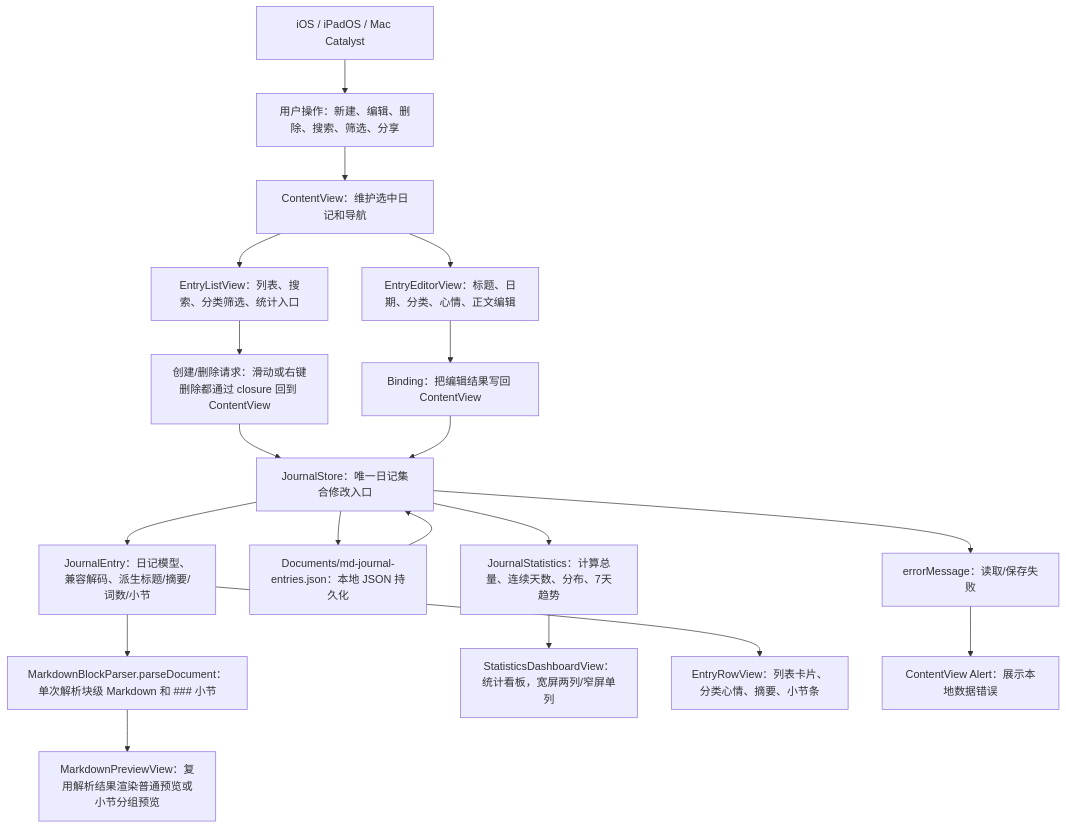
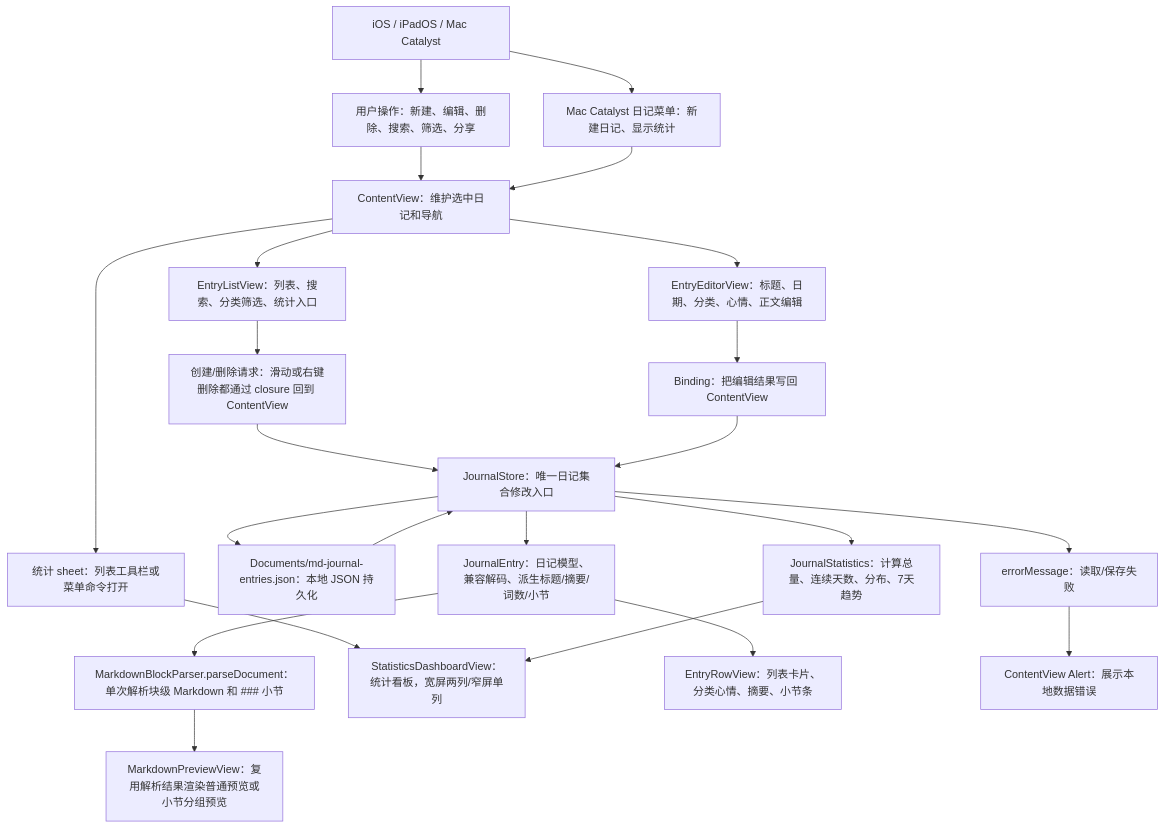
One commit to Altman-sam114/117 changed the first of 5 diagrams in md/flow/flowchart.md. Above: the diagram before and after it, drawn with Mermaid. The commit also changed 9 other files, not shown here.

Commit message:
v0.9 增加 Mac Catalyst 菜单命令

````diff
--- a/md/flow/flowchart.md
+++ b/md/flow/flowchart.md
@@ -9,21 +9,25 @@
 ```mermaid
 flowchart TD
   Platform["iOS / iPadOS / Mac Catalyst"] --> User["用户操作：新建、编辑、删除、搜索、筛选、分享"]
+  Platform --> Menu["Mac Catalyst 日记菜单：新建日记、显示统计"]
   User --> CV["ContentView：维护选中日记和导航"]
+  Menu --> CV
   CV --> List["EntryListView：列表、搜索、分类筛选、统计入口"]
   CV --> Editor["EntryEditorView：标题、日期、分类、心情、正文编辑"]
   List --> CreateDelete["创建/删除请求：滑动或右键删除都通过 closure 回到 ContentView"]
   Editor --> Binding["Binding<JournalEntry>：把编辑结果写回 ContentView"]
   CreateDelete --> Store["JournalStore：唯一日记集合修改入口"]
   Binding --> Store
   Store --> Model["JournalEntry：日记模型、兼容解码、派生标题/摘要/词数/小节"]
   Store --> JSON["Documents/md-journal-entries.json：本地 JSON 持久化"]
   JSON --> Store
   Model --> Parser["MarkdownBlockParser.parseDocument：单次解析块级 Markdown 和 ### 小节"]
   Parser --> Preview["MarkdownPreviewView：复用解析结果渲染普通预览或小节分组预览"]
   Store --> Stats["JournalStatistics：计算总量、连续天数、分布、7天趋势"]
-  Stats --> Dashboard["StatisticsDashboardView：统计看板，宽屏两列/窄屏单列"]
+  CV --> StatsSheet["统计 sheet：列表工具栏或菜单命令打开"]
+  StatsSheet --> Dashboard["StatisticsDashboardView：统计看板，宽屏两列/窄屏单列"]
+  Stats --> Dashboard
   Model --> Row["EntryRowView：列表卡片、分类心情、摘要、小节条"]
   Store --> Error["errorMessage：读取/保存失败"]
   Error --> Alert["ContentView Alert：展示本地数据错误"]
 ```
````
